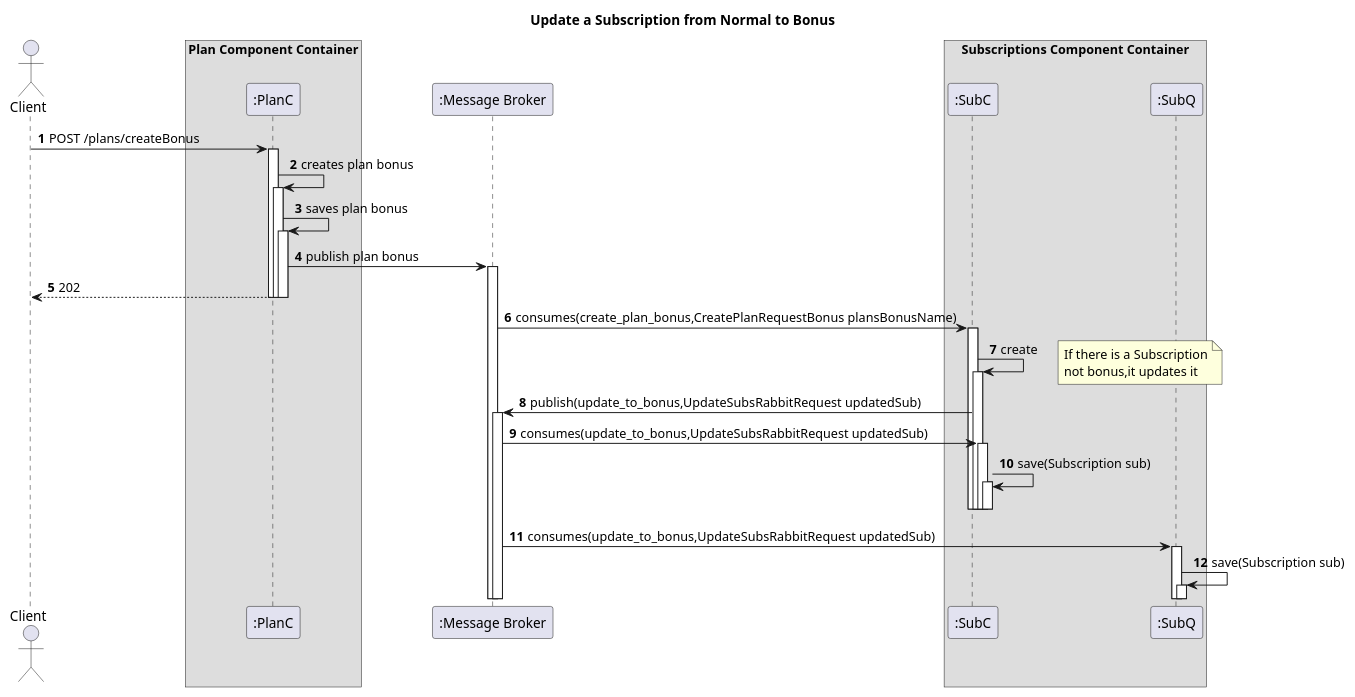
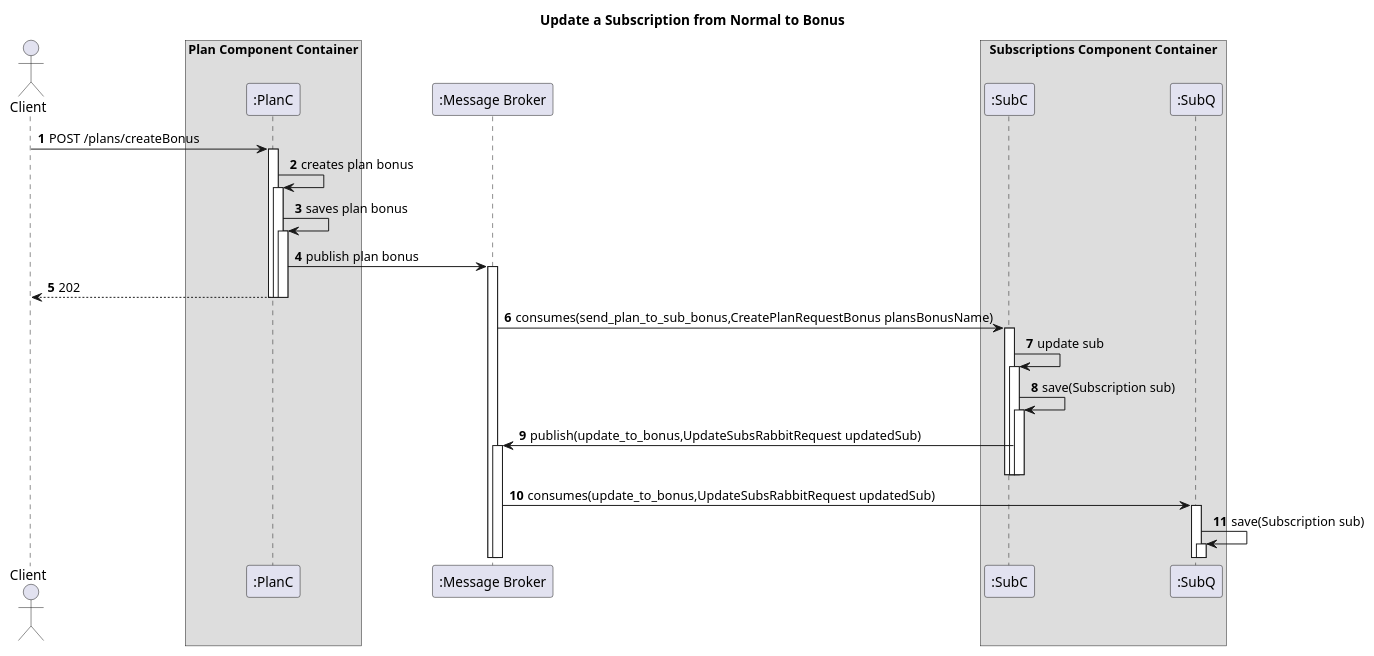
One commit to IsepMartimOliveira/SIDIS changed the diagram in docs_sidis/Terceira_Avaliação/Bonus/Vista_Logica/N2/Subscriptions/UpdateToBonus.puml. Above: the diagram before and after it, drawn with PlantUML. The commit also changed 13 other files, not shown here.

```diff
--- a/docs_sidis/Terceira_Avaliação/Bonus/Vista_Logica/N2/Subscriptions/UpdateToBonus.puml
+++ b/docs_sidis/Terceira_Avaliação/Bonus/Vista_Logica/N2/Subscriptions/UpdateToBonus.puml
@@ -1,62 +1,57 @@
 @startuml
 'https://plantuml.com/sequence-diagram
 autoactivate on
 autonumber
 title  Update a Subscription from Normal to Bonus
 
 autonumber
 
 actor "Client" as Ac
 box "Plan Component Container"
 participant ":PlanC" as Auth
 end box
 
 participant ":Message Broker" as Broker
 box "Subscriptions Component Container"
     participant ":SubC" as NewComp
     participant ":SubQ" as NewCompQ
 end box
 
 
 
 Ac->Auth:POST /plans/createBonus
 Auth->Auth:creates plan bonus
 Auth->Auth:saves plan bonus
 Auth->Broker:publish plan bonus
 Auth-->Ac:202
 
 deactivate Auth
 deactivate Auth
 deactivate Auth
 
 
 
-Broker->NewComp:consumes(create_plan_bonus,CreatePlanRequestBonus plansBonusName)
-NewComp->NewComp:create
-note right
-If there is a Subscription
-not bonus,it updates it
-end note
+Broker->NewComp:consumes(send_plan_to_sub_bonus,CreatePlanRequestBonus plansBonusName)
+NewComp->NewComp:update sub
+NewComp->NewComp:save(Subscription sub)
 NewComp->Broker:publish(update_to_bonus,UpdateSubsRabbitRequest updatedSub)
-Broker->NewComp:consumes(update_to_bonus,UpdateSubsRabbitRequest updatedSub)
-NewComp->NewComp:save(Subscription sub)
 deactivate NewComp
 deactivate NewComp
 deactivate NewComp
 deactivate NewComp
 
 Broker->NewCompQ:consumes(update_to_bonus,UpdateSubsRabbitRequest updatedSub)
 NewCompQ->NewCompQ:save(Subscription sub)
 
 
 
 
 
 
 
 
 
 
 
 
 @enduml
```
